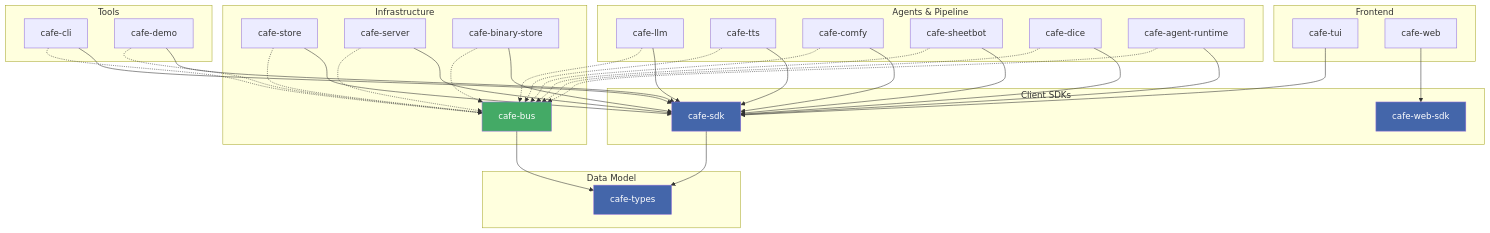
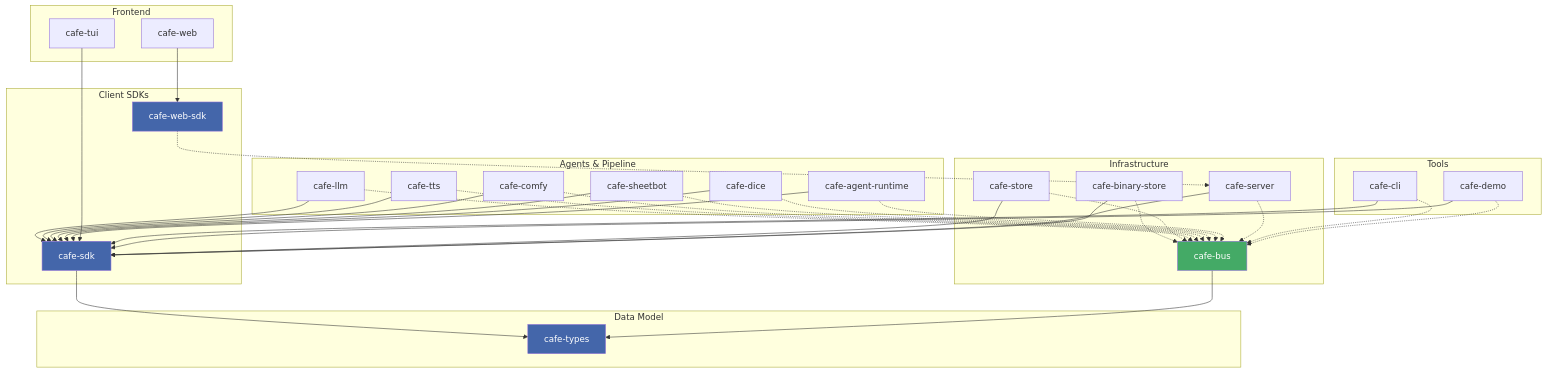
One commit to jorisvddonk/ObservableCAFEv2 changed the diagram in README.md. Above: the diagram before and after it, drawn with Mermaid. The commit also changed other lines of this file, not shown here.

Commit message:
README: add cafe-web-sdk to projects table + diagram link

````diff
--- a/README.md
+++ b/README.md
@@ -53,54 +54,55 @@
 ```mermaid
 graph TD
     subgraph "Data Model"
         cafe-types
     end
 
     subgraph "Client SDKs"
         cafe-sdk --> cafe-types
         cafe-web-sdk
     end
 
     subgraph "Infrastructure"
         cafe-bus --> cafe-types
         cafe-store --> cafe-sdk
         cafe-server --> cafe-sdk
         cafe-binary-store --> cafe-sdk
     end
 
     subgraph "Agents & Pipeline"
         cafe-llm --> cafe-sdk
         cafe-tts --> cafe-sdk
         cafe-comfy --> cafe-sdk
         cafe-sheetbot --> cafe-sdk
         cafe-dice --> cafe-sdk
         cafe-agent-runtime --> cafe-sdk
     end
 
     subgraph "Frontend"
         cafe-tui --> cafe-sdk
         cafe-web --> cafe-web-sdk
     end
 
     subgraph "Tools"
         cafe-cli --> cafe-sdk
         cafe-demo --> cafe-sdk
     end
 
     cafe-binary-store -.-> cafe-bus
     cafe-store -.-> cafe-bus
     cafe-llm -.-> cafe-bus
     cafe-tts -.-> cafe-bus
     cafe-comfy -.-> cafe-bus
     cafe-sheetbot -.-> cafe-bus
     cafe-dice -.-> cafe-bus
     cafe-agent-runtime -.-> cafe-bus
     cafe-server -.-> cafe-bus
     cafe-cli -.-> cafe-bus
     cafe-demo -.-> cafe-bus
+    cafe-web-sdk -.-> cafe-server
 
     style cafe-bus fill:#4a6,color:#fff
     style cafe-types fill:#46a,color:#fff
     style cafe-sdk fill:#46a,color:#fff
     style cafe-web-sdk fill:#46a,color:#fff
 ```
````
